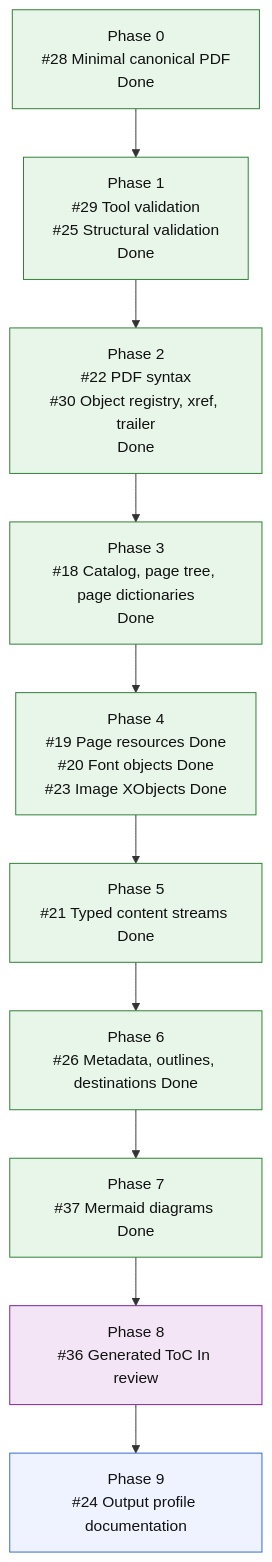
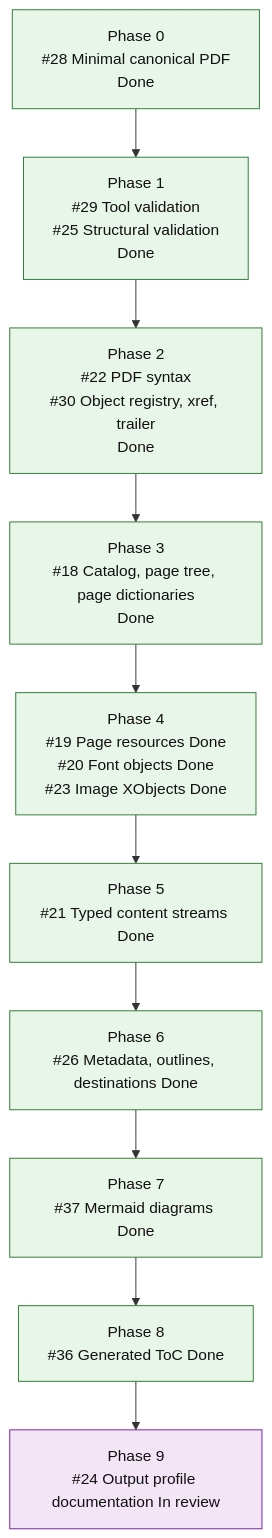
One commit to mihaelamj/MarkdownPDF changed the diagram in README.md. Above: the diagram before and after it, drawn with Mermaid. The commit also changed other lines of this file and 2 other files, not shown here.

Commit message:
docs(pdf): document generated output profile
* docs(roadmap): mark output profile in progress

* docs(pdf): document generated output profile

* docs(roadmap): mark output profile in review

````diff
--- a/README.md
+++ b/README.md
@@ -138,24 +138,23 @@
 ```mermaid
 flowchart TD
     P0["Phase 0<br/>#28 Minimal canonical PDF<br/>Done"]
     P1["Phase 1<br/>#29 Tool validation<br/>#25 Structural validation<br/>Done"]
     P2["Phase 2<br/>#22 PDF syntax<br/>#30 Object registry, xref, trailer<br/>Done"]
     P3["Phase 3<br/>#18 Catalog, page tree, page dictionaries<br/>Done"]
     P4["Phase 4<br/>#19 Page resources Done<br/>#20 Font objects Done<br/>#23 Image XObjects Done"]
     P5["Phase 5<br/>#21 Typed content streams Done"]
     P6["Phase 6<br/>#26 Metadata, outlines, destinations Done"]
     P7["Phase 7<br/>#37 Mermaid diagrams Done"]
-    P8["Phase 8<br/>#36 Generated ToC In review"]
-    P9["Phase 9<br/>#24 Output profile documentation"]
+    P8["Phase 8<br/>#36 Generated ToC Done"]
+    P9["Phase 9<br/>#24 Output profile documentation In review"]
 
     P0 --> P1 --> P2 --> P3 --> P4 --> P5 --> P6 --> P7 --> P8 --> P9
 
     classDef done fill:#e8f5e9,stroke:#2e7d32,color:#111;
     classDef active fill:#e3f2fd,stroke:#1565c0,color:#111;
     classDef review fill:#f3e5f5,stroke:#7b1fa2,color:#111;
     classDef next fill:#fff8e1,stroke:#f9a825,color:#111;
     classDef todo fill:#eef3ff,stroke:#3367d6,color:#111;
-    class P0,P1,P2,P3,P4,P5,P6,P7 done;
-    class P8 review;
-    class P9 todo;
+    class P0,P1,P2,P3,P4,P5,P6,P7,P8 done;
+    class P9 review;
 ```
````
